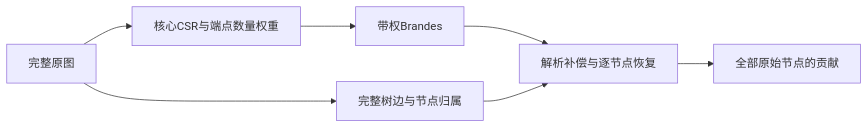
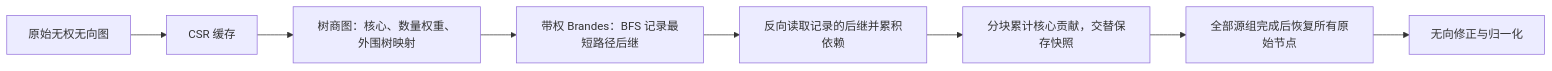
One commit to lyx0902/LinkRadar changed the third of 3 diagrams in docs/Graph_Optimization.md. Above: the diagram before and after it, drawn with Mermaid. The commit also changed other lines of this file and 11 other files, not shown here.

````diff
--- a/docs/Graph_Optimization.md
+++ b/docs/Graph_Optimization.md
@@ -13,9 +266,10 @@
 ```mermaid
 flowchart LR
-    G[完整原图] --> Q[核心CSR与端点数量权重]
-    G --> T[完整树边与节点归属]
-    Q --> B[带权Brandes]
-    B --> R[解析补偿与逐节点恢复]
-    T --> R
-    R --> O[全部原始节点的贡献]
+    G["原始无权无向图"] --> C["CSR 缓存"]
+    C --> Q["树商图：核心、数量权重、外围树映射"]
+    Q --> B["带权 Brandes：BFS 记录最短路径后继"]
+    B --> D["反向读取记录的后继并累积依赖"]
+    D --> S["分块累计核心贡献，交替保存快照"]
+    S --> R["全部源组完成后恢复所有原始节点"]
+    R --> F["无向修正与归一化"]
 ```
````
